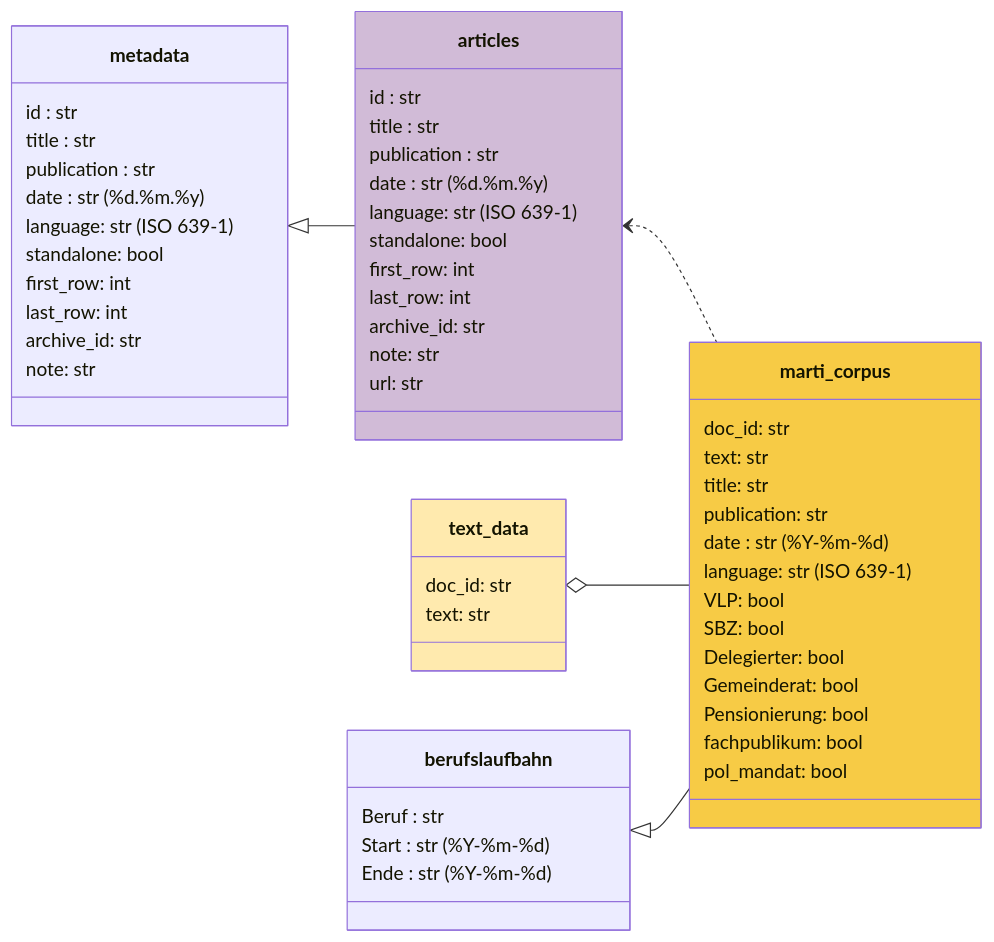
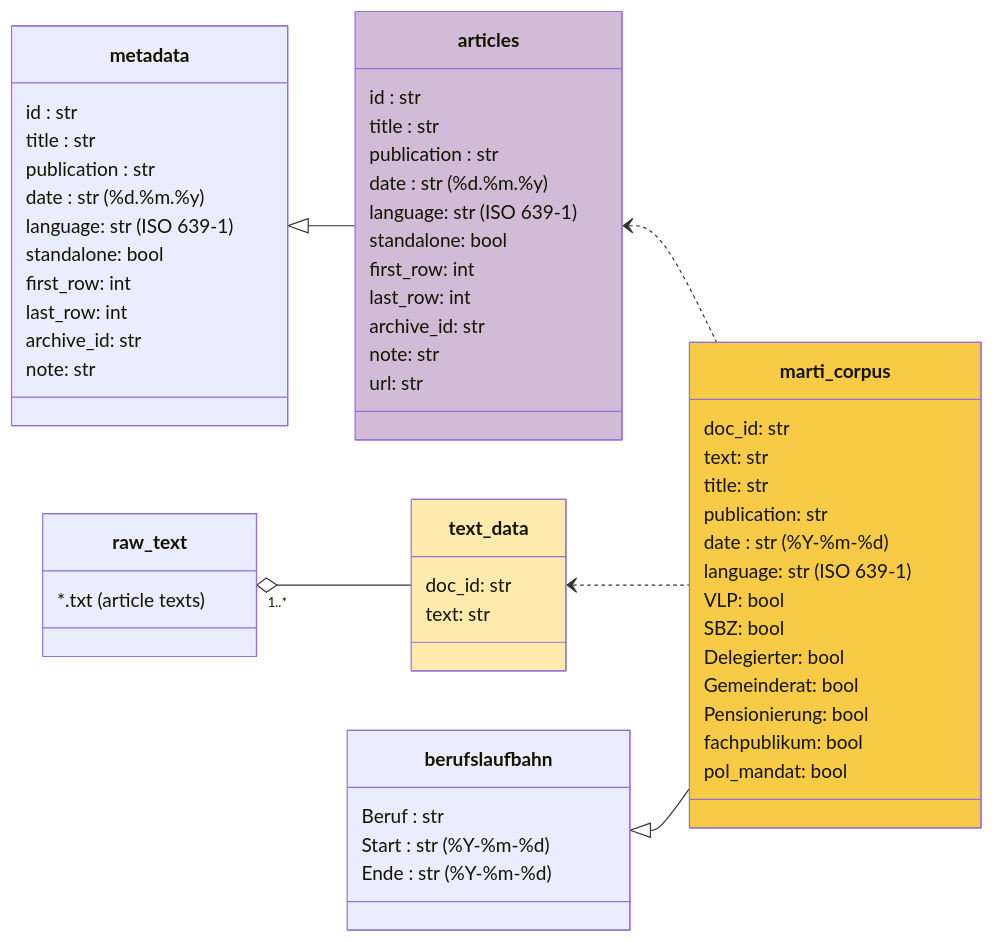
The second of 3 diagrams in docs/data.qmd (mtwente/modelling-marti), drawn with Mermaid before and after one commit. The commit also changed other lines of this file, not shown here.

Commit message:
feat: add raw text to chart

````diff
--- a/docs/data.qmd
+++ b/docs/data.qmd
@@ -254,70 +254,75 @@
 ```{mermaid datamodel}
 %%| label: fig-datamodel
 %%| fig-cap: Chart illustrating variables and metadata included in the corpus used in this project
 
 classDiagram
     direction LR
 
     metadata <|-- articles
     articles <.. marti_corpus
-    text_data o-- marti_corpus
+    text_data <.. marti_corpus
+    raw_text "1..*" o-- text_data
     berufslaufbahn <|-- marti_corpus
 
     class metadata {
         id : str
         title : str
         publication : str
         date : str &lpar;%d.%m.%y&rpar;
         language: str &lpar;ISO 639-1&rpar;
         standalone: bool
         first_row: int
         last_row: int
         archive_id: str
         note: str
     }
 
     class articles {
         id : str
         title : str
         publication : str
         date : str &lpar;%d.%m.%y&rpar;
         language: str &lpar;ISO 639-1&rpar;
         standalone: bool
         first_row: int
         last_row: int
         archive_id: str
         note: str
         url: str
     }
 
     class text_data {
         doc_id: str
         text: str
     }
 
+    class raw_text {
+      &ast;&period;txt &lpar;article texts&rpar;
+    }
+
     class berufslaufbahn {
         Beruf : str
         Start : str &lpar;%Y-%m-%d&rpar;
         Ende : str &lpar;%Y-%m-%d&rpar;
     }
 
     class marti_corpus {
         doc_id: str
         text: str
         title: str
         publication: str
         date : str &lpar;%Y-%m-%d&rpar;
         language: str &lpar;ISO 639-1&rpar;
         VLP: bool
         SBZ: bool
         Delegierter: bool
         Gemeinderat: bool
         Pensionierung: bool
         fachpublikum: bool
         pol_mandat: bool
     }
 
 style marti_corpus fill:#F7CB45
 style text_data fill:#FFEAAE
 style articles fill:#D1BBD7
 ```
````
